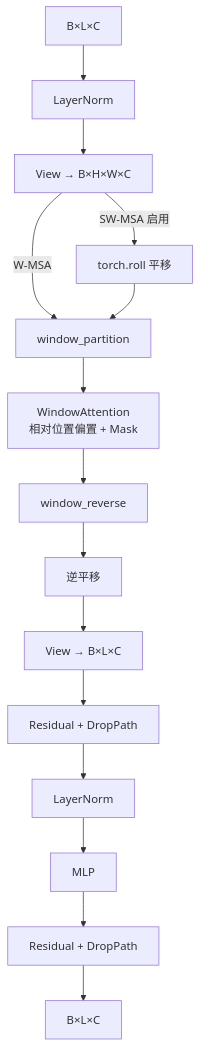
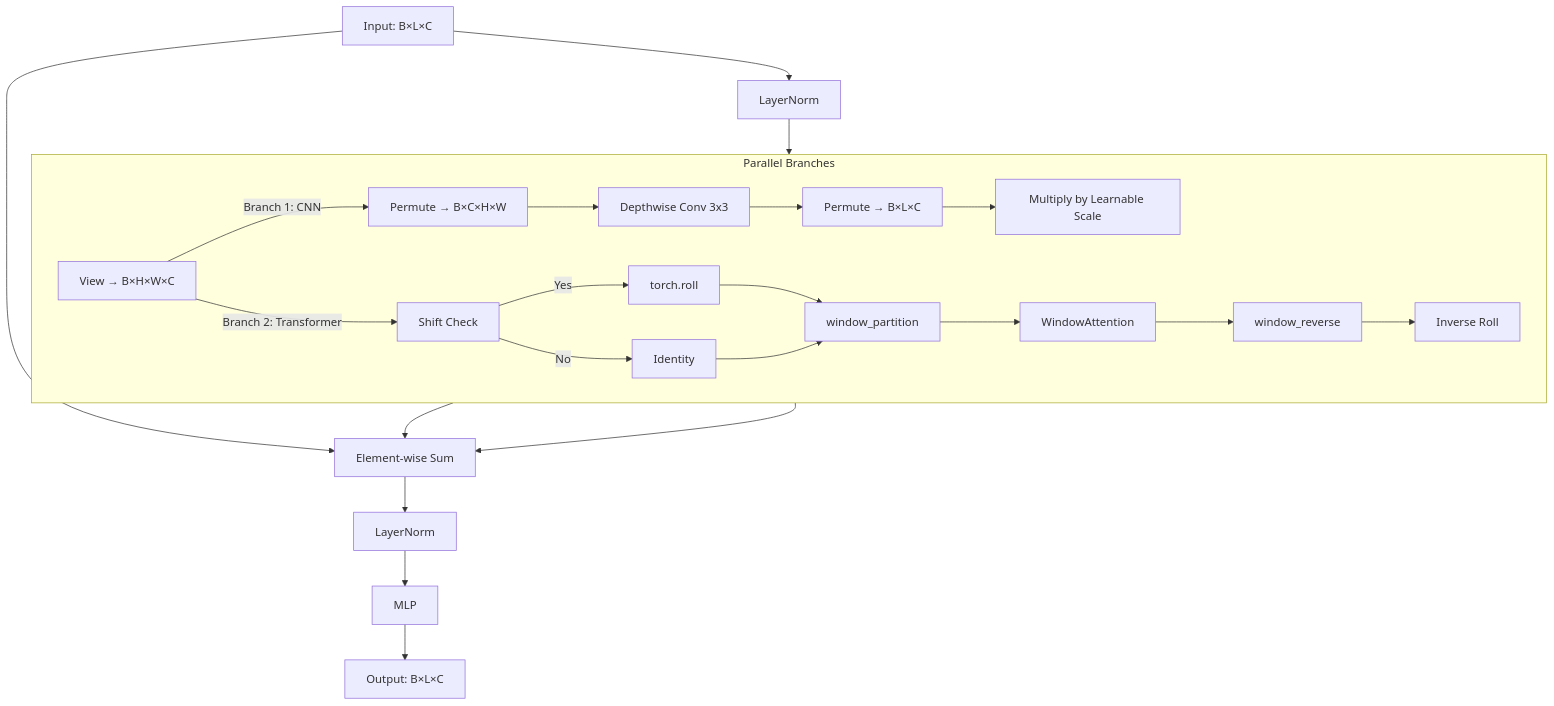
The diagram in docs/unified_report.md (lhyssy/ML), drawn with Mermaid before and after one commit. The commit also changed other lines of this file and 6 other files, not shown here.

````diff
--- a/docs/unified_report.md
+++ b/docs/unified_report.md
@@ -86,17 +88,29 @@
 ```mermaid
 graph TD
-    X[B×L×C] --> N1[LayerNorm]
+    X[Input: B×L×C] --> N1[LayerNorm]
     N1 --> V[View → B×H×W×C]
-    V -->|SW-MSA 启用| Roll[torch.roll 平移]
-    V -->|W-MSA| Part[window_partition]
-    Roll --> Part
-    Part --> Attn[WindowAttention\n相对位置偏置 + Mask]
-    Attn --> Rev[window_reverse]
-    Rev --> Unroll[逆平移]
-    Unroll --> Flat[View → B×L×C]
-    Flat --> Add1[Residual + DropPath]
-    Add1 --> N2[LayerNorm]
+    
+    subgraph Parallel Branches
+        direction LR
+        V -->|Branch 1: CNN| Perm1[Permute → B×C×H×W]
+        Perm1 --> DWConv[Depthwise Conv 3x3]
+        DWConv --> Perm2[Permute → B×L×C]
+        Perm2 --> Scale[Multiply by Learnable Scale]
+        
+        V -->|Branch 2: Transformer| SW[Shift Check]
+        SW -->|Yes| Roll[torch.roll]
+        SW -->|No| NoRoll[Identity]
+        Roll --> Part[window_partition]
+        NoRoll --> Part
+        Part --> Attn[WindowAttention]
+        Attn --> Rev[window_reverse]
+        Rev --> UnRoll[Inverse Roll]
+    end
+    
+    UnRoll --> Sum[Element-wise Sum]
+    Scale --> Sum
+    X --> Sum
+    Sum --> N2[LayerNorm]
     N2 --> MLP[MLP]
-    MLP --> Add2[Residual + DropPath]
-    Add2 --> Out[B×L×C]
+    MLP --> Out[Output: B×L×C]
 ```
````
